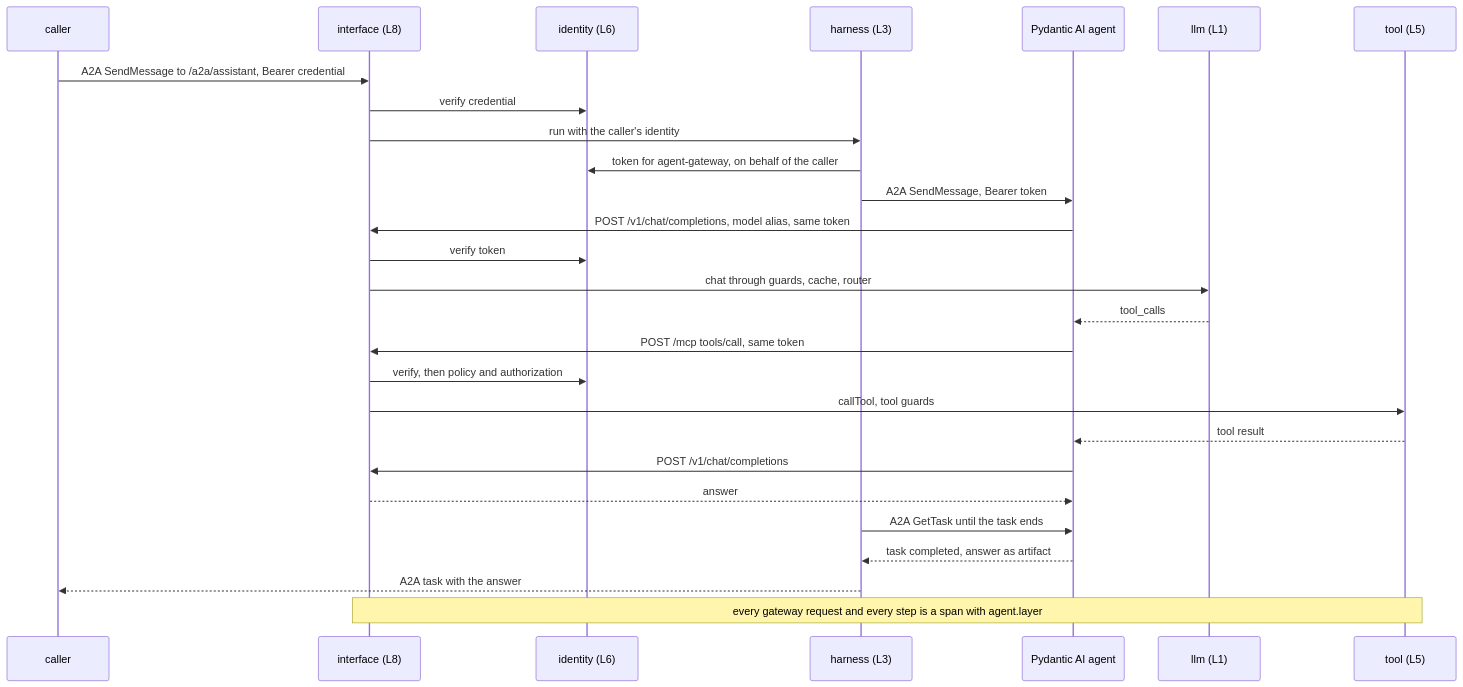
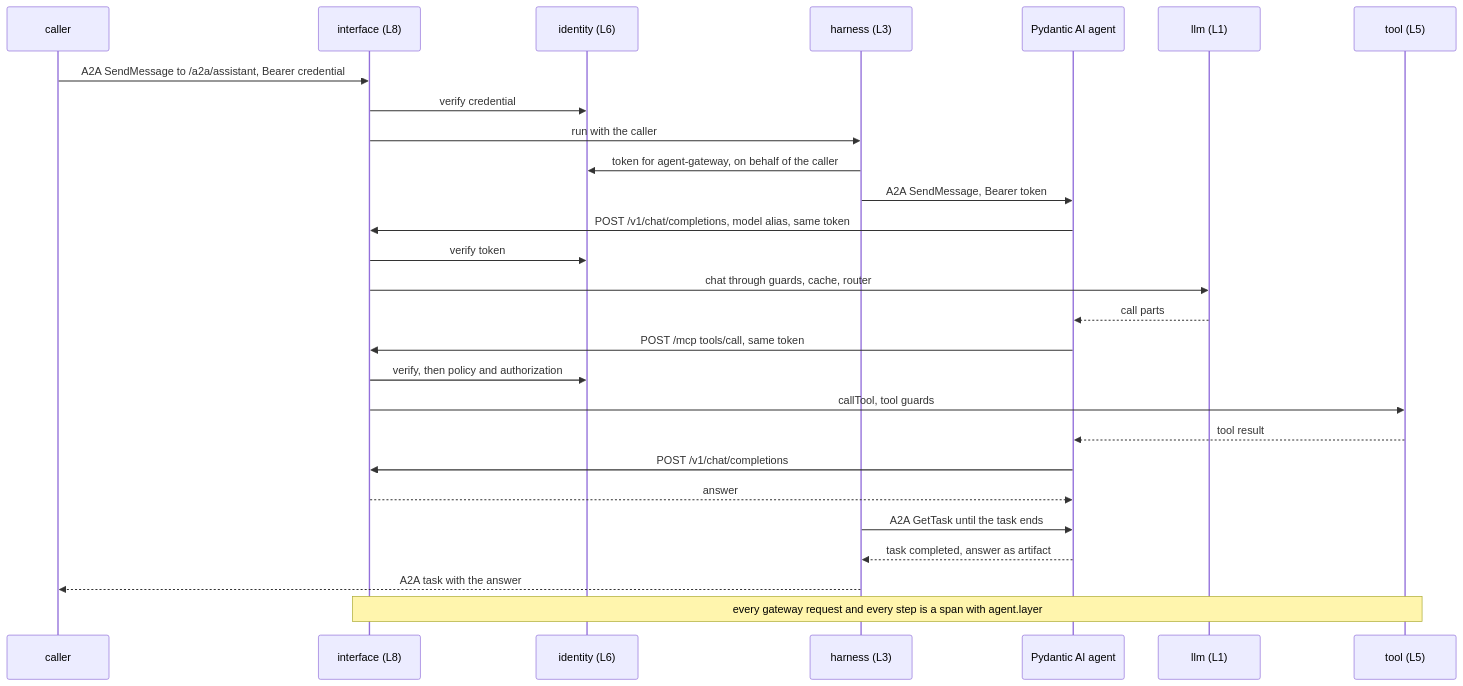
The second of 2 diagrams in docs/layers/harness.md (aantenore/agent-layers), drawn with Mermaid before and after one commit. The commit also changed other lines of this file and 26 other files, not shown here.

````diff
--- a/docs/layers/harness.md
+++ b/docs/layers/harness.md
@@ -82,29 +100,29 @@
 ```mermaid
 sequenceDiagram
   participant C as caller
   participant I as interface (L8)
   participant D as identity (L6)
   participant H as harness (L3)
   participant P as Pydantic AI agent
   participant M as llm (L1)
   participant T as tool (L5)
   C->>I: A2A SendMessage to /a2a/assistant, Bearer credential
   I->>D: verify credential
-  I->>H: run with the caller's identity
+  I->>H: run with the caller
   H->>D: token for agent-gateway, on behalf of the caller
   H->>P: A2A SendMessage, Bearer token
   P->>I: POST /v1/chat/completions, model alias, same token
   I->>D: verify token
   I->>M: chat through guards, cache, router
-  M-->>P: tool_calls
+  M-->>P: call parts
   P->>I: POST /mcp tools/call, same token
   I->>D: verify, then policy and authorization
   I->>T: callTool, tool guards
   T-->>P: tool result
   P->>I: POST /v1/chat/completions
   I-->>P: answer
   H->>P: A2A GetTask until the task ends
   P-->>H: task completed, answer as artifact
   H-->>C: A2A task with the answer
   Note over I,T: every gateway request and every step is a span with agent.layer
 ```
````
